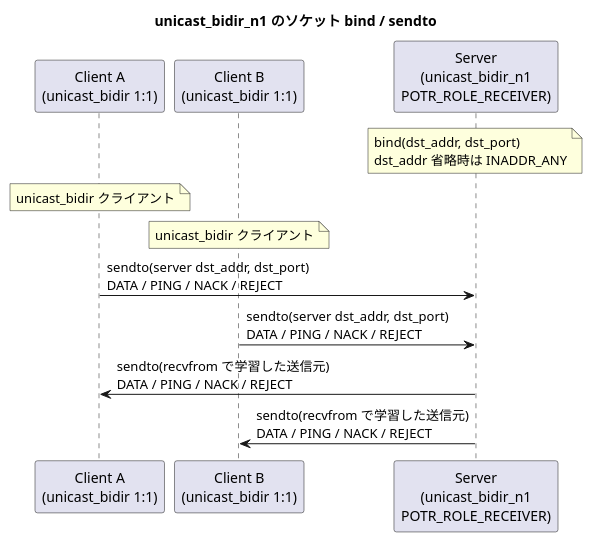
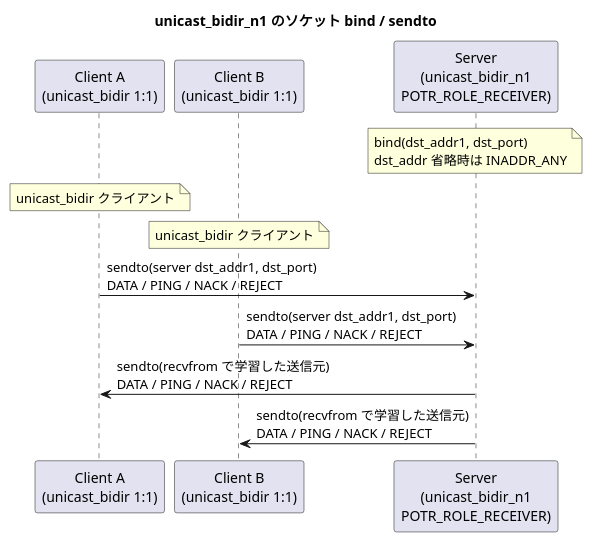
The third of 5 diagrams in docs/config.md (Hondarer/app_porter), drawn with PlantUML before and after one commit. The commit also changed other lines of this file and 27 other files, not shown here.

````diff
--- a/docs/config.md
+++ b/docs/config.md
@@ -404,18 +420,18 @@
 ```plantuml
 @startuml
 title unicast_bidir_n1 のソケット bind / sendto
 
 participant "Client A\n(unicast_bidir 1:1)" as CA
 participant "Client B\n(unicast_bidir 1:1)" as CB
 participant "Server\n(unicast_bidir_n1\nPOTR_ROLE_RECEIVER)" as S
 
-note over S: bind(dst_addr, dst_port)\ndst_addr 省略時は INADDR_ANY
+note over S: bind(dst_addr1, dst_port)\ndst_addr 省略時は INADDR_ANY
 note over CA: unicast_bidir クライアント
 note over CB: unicast_bidir クライアント
 
-CA -> S: sendto(server dst_addr, dst_port)\nDATA / PING / NACK / REJECT
-CB -> S: sendto(server dst_addr, dst_port)\nDATA / PING / NACK / REJECT
+CA -> S: sendto(server dst_addr1, dst_port)\nDATA / PING / NACK / REJECT
+CB -> S: sendto(server dst_addr1, dst_port)\nDATA / PING / NACK / REJECT
 S -> CA: sendto(recvfrom で学習した送信元)\nDATA / PING / NACK / REJECT
 S -> CB: sendto(recvfrom で学習した送信元)\nDATA / PING / NACK / REJECT
 @enduml
 ```
````
